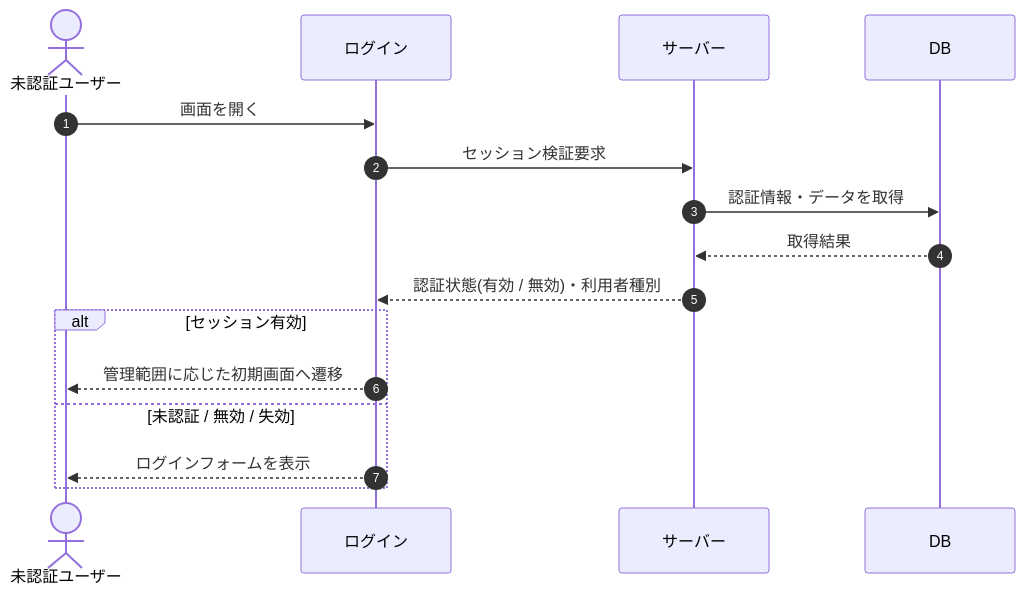
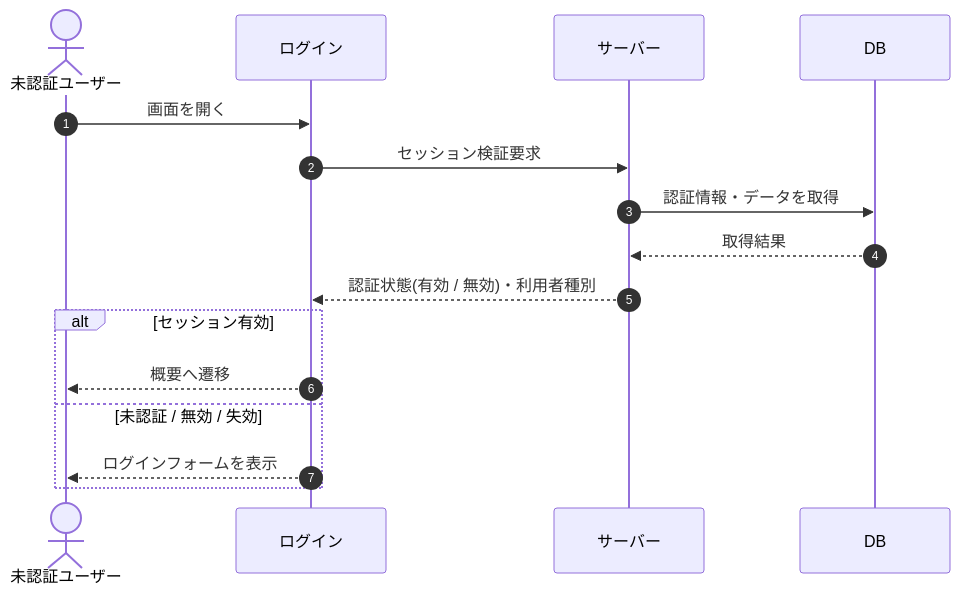
The diagram in 02_basic_design/03_sequences/SEQ-001.md (sikakou54/open-faq), drawn with Mermaid before and after one commit. The commit also changed other lines of this file and 198 other files, not shown here.

````diff
--- a/02_basic_design/03_sequences/SEQ-001.md
+++ b/02_basic_design/03_sequences/SEQ-001.md
@@ -24,18 +24,18 @@
 ```mermaid
 sequenceDiagram
   autonumber
   actor U as 未認証ユーザー
   participant Screen as ログイン
   participant Server as サーバー
   participant DB as DB
   U->>Screen: 画面を開く
   Screen->>Server: セッション検証要求
   Server->>DB: 認証情報・データを取得
   DB-->>Server: 取得結果
   Server-->>Screen: 認証状態(有効 / 無効)・利用者種別
   alt セッション有効
-    Screen-->>U: 管理範囲に応じた初期画面へ遷移
+    Screen-->>U: 概要へ遷移
   else 未認証 / 無効 / 失効
     Screen-->>U: ログインフォームを表示
   end
 ```
````
